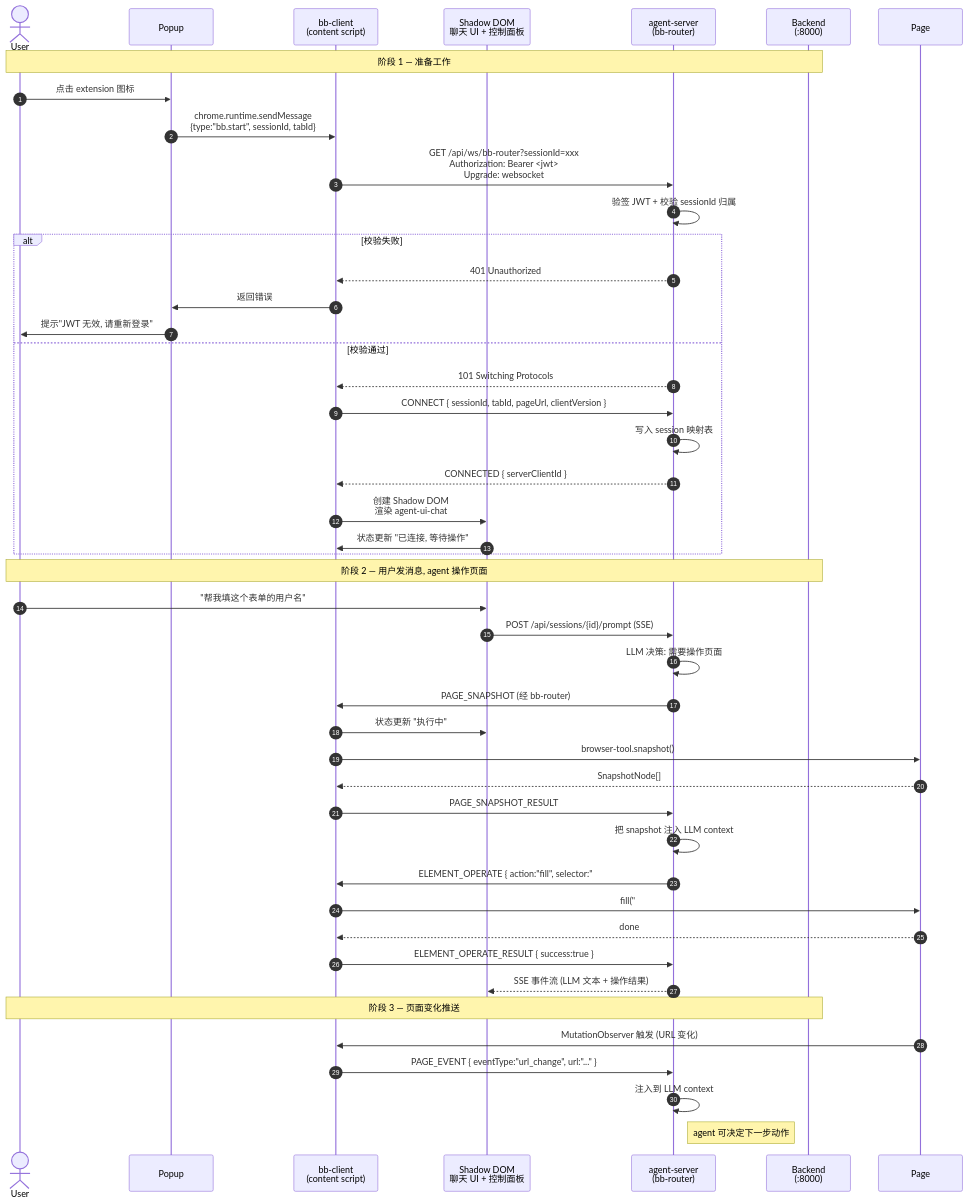
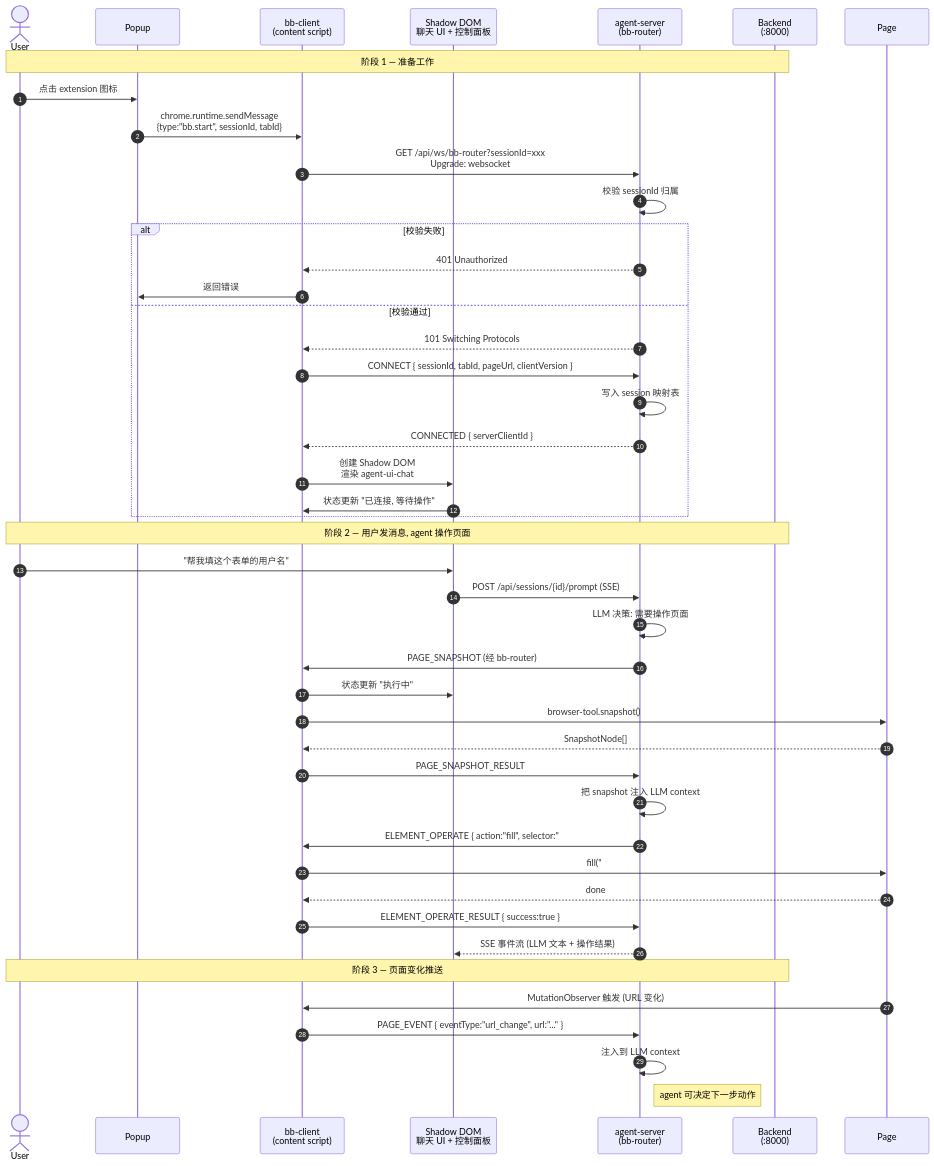
Before and after one commit to zhaoxin34/matrix: the second of 4 diagrams in neo/design/docs/technical/agent-steer/browser-bridge.md, drawn with Mermaid. The commit also changed other lines of this file and 1 other file, not shown here.

````diff
--- a/neo/design/docs/technical/agent-steer/browser-bridge.md
+++ b/neo/design/docs/technical/agent-steer/browser-bridge.md
@@ -185,50 +143,49 @@
 ```mermaid
 sequenceDiagram
     autonumber
     actor User
     participant Popup as Popup
     participant CS as bb-client<br/>(content script)
     participant SD as Shadow DOM<br/>聊天 UI + 控制面板
     participant SRV as agent-server<br/>(bb-router)
     participant BE as Backend<br/>(:8000)
 
     Note over User,BE: 阶段 1 — 准备工作
     User->>Popup: 点击 extension 图标
     Popup->>CS: chrome.runtime.sendMessage<br/>{type:"bb.start", sessionId, tabId}
-    CS->>SRV: GET /api/ws/bb-router?sessionId=xxx<br/>Authorization: Bearer <jwt><br/>Upgrade: websocket
-    SRV->>SRV: 验签 JWT + 校验 sessionId 归属
+    CS->>SRV: GET /api/ws/bb-router?sessionId=xxx<br/>Upgrade: websocket
+    SRV->>SRV: 校验 sessionId 归属
     alt 校验失败
         SRV-->>CS: 401 Unauthorized
         CS->>Popup: 返回错误
-        Popup->>User: 提示"JWT 无效, 请重新登录"
     else 校验通过
         SRV-->>CS: 101 Switching Protocols
         CS->>SRV: CONNECT { sessionId, tabId, pageUrl, clientVersion }
         SRV->>SRV: 写入 session 映射表
         SRV-->>CS: CONNECTED { serverClientId }
         CS->>SD: 创建 Shadow DOM<br/>渲染 agent-ui-chat
         SD->>CS: 状态更新 "已连接, 等待操作"
     end
 
     Note over User,BE: 阶段 2 — 用户发消息, agent 操作页面
     User->>SD: "帮我填这个表单的用户名"
     SD->>SRV: POST /api/sessions/{id}/prompt (SSE)
     SRV->>SRV: LLM 决策: 需要操作页面
     SRV->>CS: PAGE_SNAPSHOT (经 bb-router)
     CS->>SD: 状态更新 "执行中"
     CS->>Page: browser-tool.snapshot()
     Page-->>CS: SnapshotNode[]
     CS->>SRV: PAGE_SNAPSHOT_RESULT
     SRV->>SRV: 把 snapshot 注入 LLM context
     SRV->>CS: ELEMENT_OPERATE { action:"fill", selector:"#username", value:"hello" }
     CS->>Page: fill("#username", "hello")
     Page-->>CS: done
     CS->>SRV: ELEMENT_OPERATE_RESULT { success:true }
     SRV-->>SD: SSE 事件流 (LLM 文本 + 操作结果)
 
     Note over User,BE: 阶段 3 — 页面变化推送
     Page->>CS: MutationObserver 触发 (URL 变化)
     CS->>SRV: PAGE_EVENT { eventType:"url_change", url:"..." }
     SRV->>SRV: 注入到 LLM context
     Note right of SRV: agent 可决定下一步动作
 ```
````
